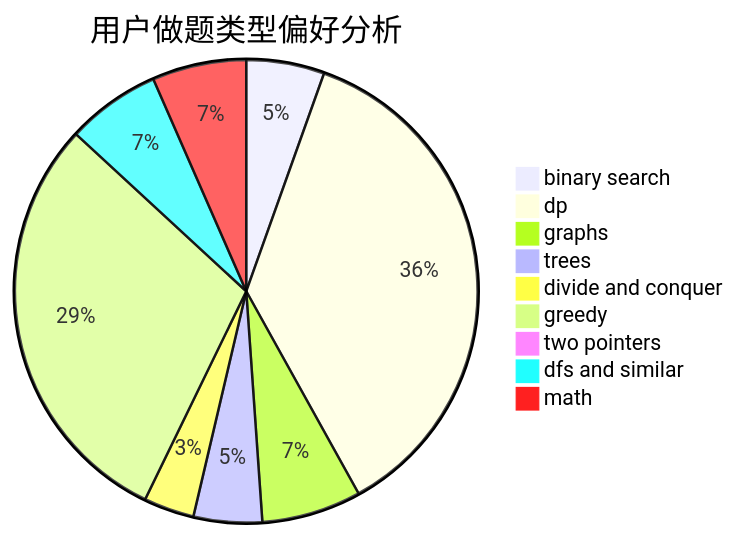
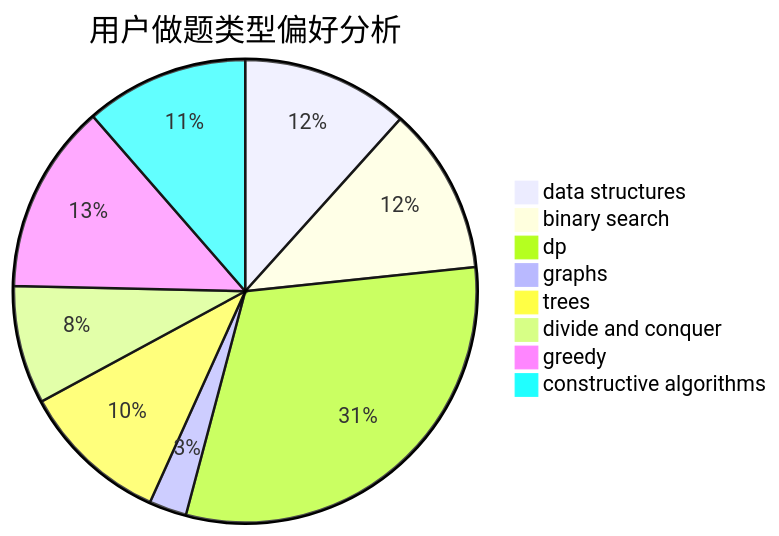
The second of 3 diagrams in docs/user/u192.md (sherpahu/cfrs.github.io), drawn with Mermaid before and after one commit. The commit also changed other lines of this file and 2775 other files, not shown here.

````diff
--- a/docs/user/u192.md
+++ b/docs/user/u192.md
@@ -23,12 +23,11 @@
 ```mermaid
 pie title 用户做题类型偏好分析
-    "binary search" :  113
-    "dp" :  755
-    "graphs" :  144
-    "trees" :  99
-    "divide and conquer" :  73
-    "greedy" :  614
-    "two pointers" :  18
-    "dfs and similar" :  136
-    "math" :  136
+    "data structures" :  89
+    "binary search" :  89
+    "dp" :  235
+    "graphs" :  20
+    "trees" :  79
+    "divide and conquer" :  63
+    "greedy" :  101
+    "constructive algorithms" :  87
 ```
````
